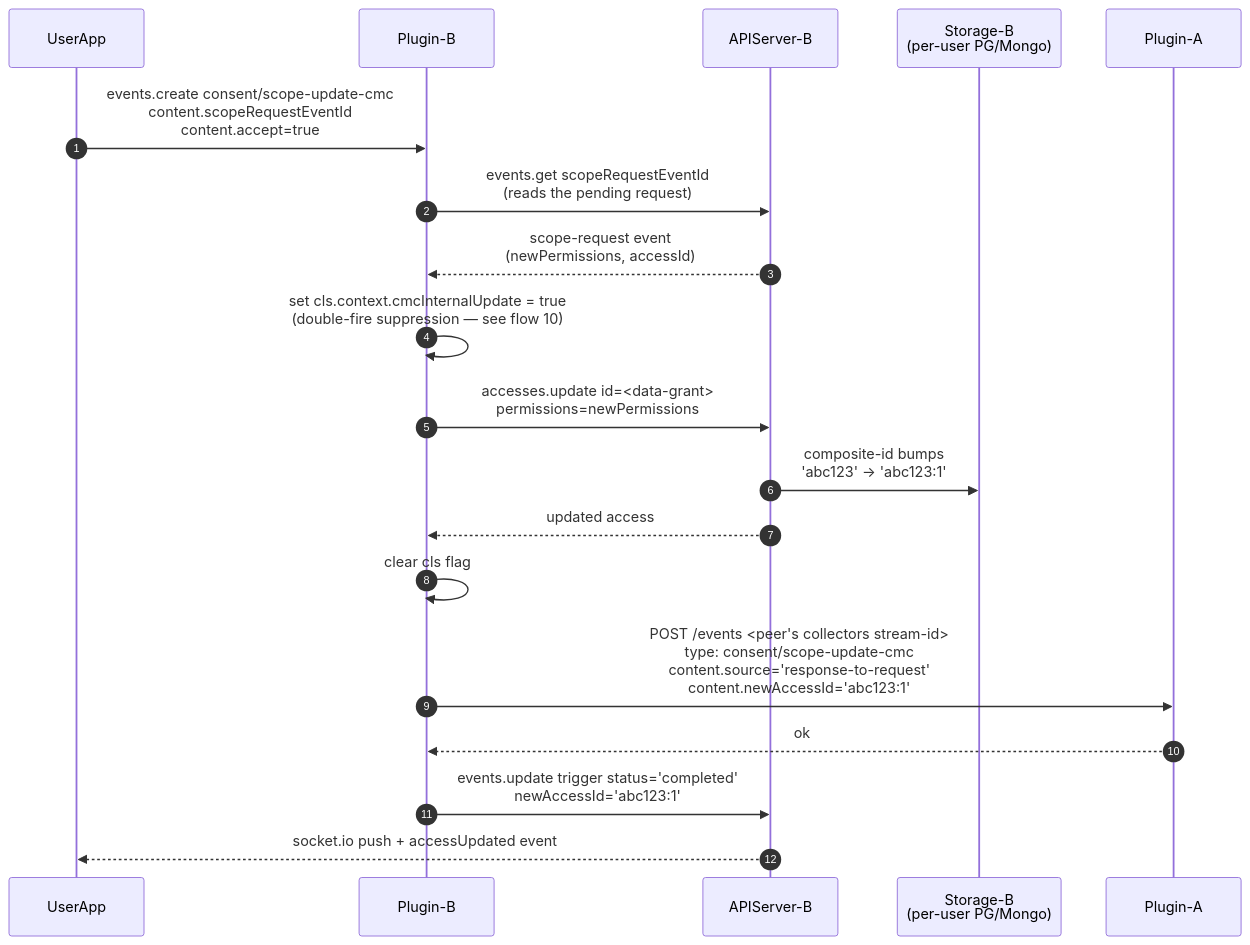
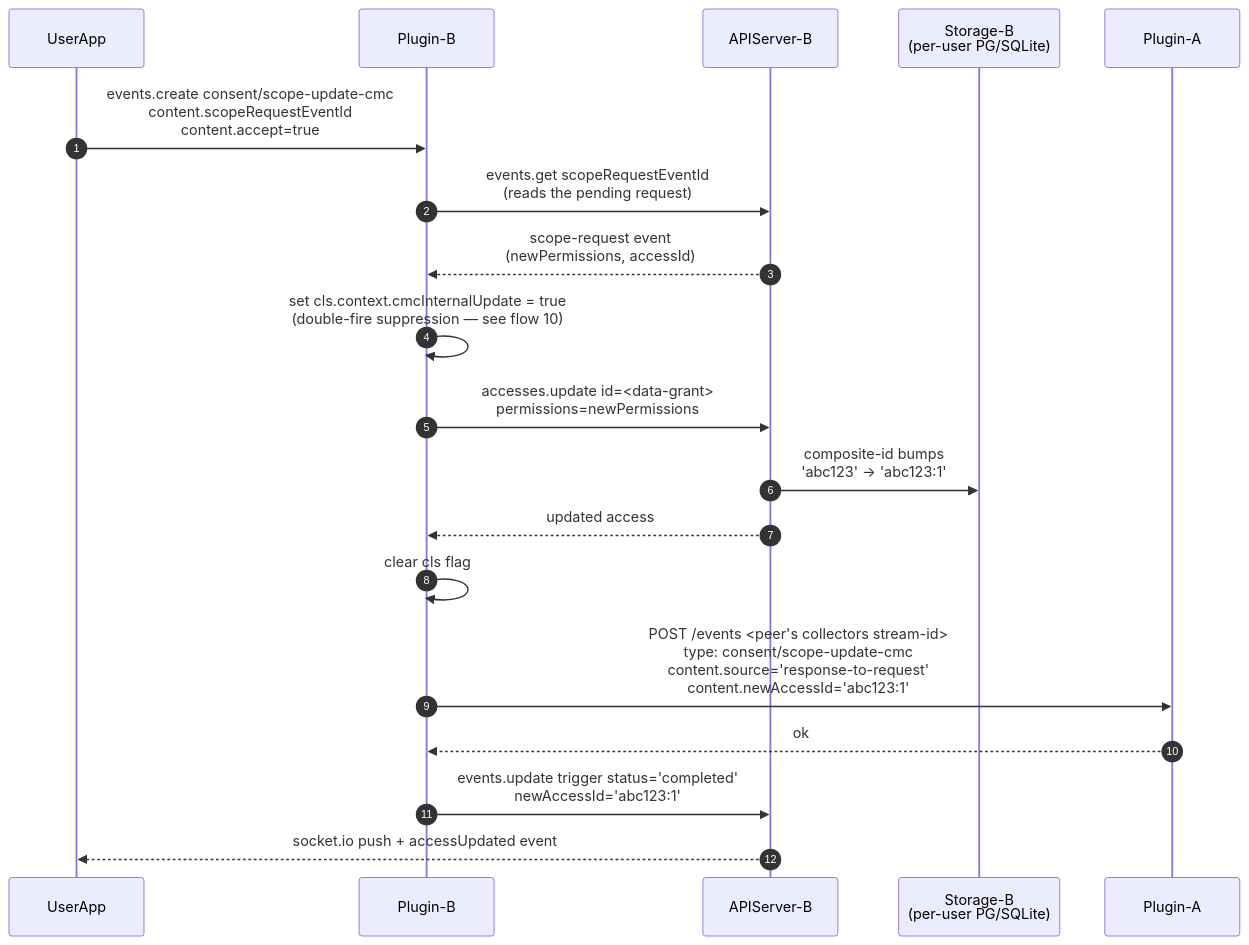
The ninth of 14 diagrams in components/cmc/INTERNALS.md (pryv/open-pryv.io), drawn with Mermaid before and after one commit. The commit also changed other lines of this file and 5 other files, not shown here.

````diff
--- a/components/cmc/INTERNALS.md
+++ b/components/cmc/INTERNALS.md
@@ -371,22 +371,22 @@
 ```mermaid
 sequenceDiagram
     autonumber
     participant UserApp
     participant Plugin as Plugin-B
     participant APIServer as APIServer-B
-    participant Storage as Storage-B<br/>(per-user PG/Mongo)
+    participant Storage as Storage-B<br/>(per-user PG/SQLite)
     participant Peer as Plugin-A
 
     UserApp->>Plugin: events.create consent/scope-update-cmc<br/>content.scopeRequestEventId<br/>content.accept=true
     Plugin->>APIServer: events.get scopeRequestEventId<br/>(reads the pending request)
     APIServer-->>Plugin: scope-request event<br/>(newPermissions, accessId)
     Plugin->>Plugin: set cls.context.cmcInternalUpdate = true<br/>(double-fire suppression — see flow 10)
     Plugin->>APIServer: accesses.update id=<data-grant><br/>permissions=newPermissions
     APIServer->>Storage: composite-id bumps<br/>'abc123' → 'abc123:1'
     APIServer-->>Plugin: updated access
     Plugin->>Plugin: clear cls flag
     Plugin->>Peer: POST /events <peer's collectors stream-id><br/>type: consent/scope-update-cmc<br/>content.source='response-to-request'<br/>content.newAccessId='abc123:1'
     Peer-->>Plugin: ok
     Plugin->>APIServer: events.update trigger status='completed'<br/>newAccessId='abc123:1'
     APIServer-->>UserApp: socket.io push + accessUpdated event
 ```
````
